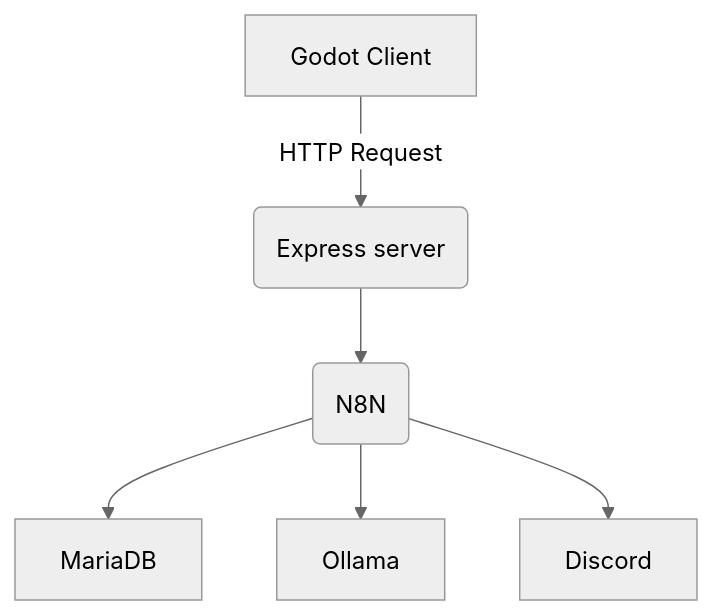
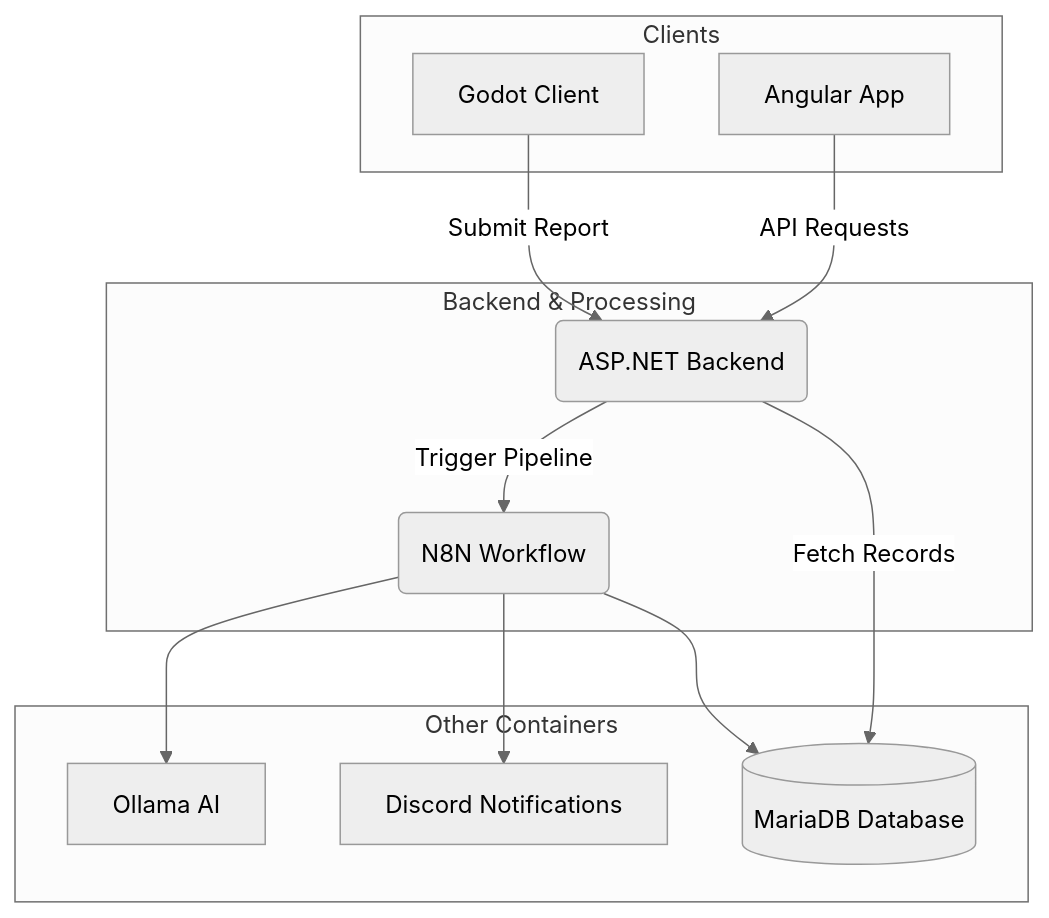
The diagram in README.md (Half-Way-Games/Bug-Report-Tool), drawn with Mermaid (neutral theme) before and after one commit. The commit also changed other lines of this file, not shown here.

Commit message:
Revise README to include Angular and ASP.NET Core details
Updated the architecture diagram and features to reflect the use of Angular for the front-end and ASP.NET Core for the backend. Revised the note about the repository's purpose and contents.

````diff
--- a/README.md
+++ b/README.md
@@ -7,8 +9,29 @@
 ```mermaid
 flowchart TD
-    A[Godot Client] -->|HTTP Request| B(Express server)
-    B --> C(N8N)
+    subgraph Clients ["Clients"]
+        A[Godot Client]
+        D[Angular App]
+    end
+
+    subgraph Backend ["Backend & Processing"]
+        B(ASP.NET Backend)
+        C(N8N Workflow)
+    end
+
+    subgraph Storage_AI ["Other Containers"]
+        Ollama[Ollama AI]
+        Discord[Discord Notifications]
+        MariaDB[(MariaDB Database)]
+    end
+
+    %% Workflow 1: Bug Submission
+    A -->|Submit Report| B
+    B -->|Trigger Pipeline| C
     C --> MariaDB
     C --> Ollama
     C --> Discord
+
+    %% Workflow 2: Bug Retrieval & Viewing
+    D -->|API Requests| B
+    B -->|Fetch Records| MariaDB
 ```
````
